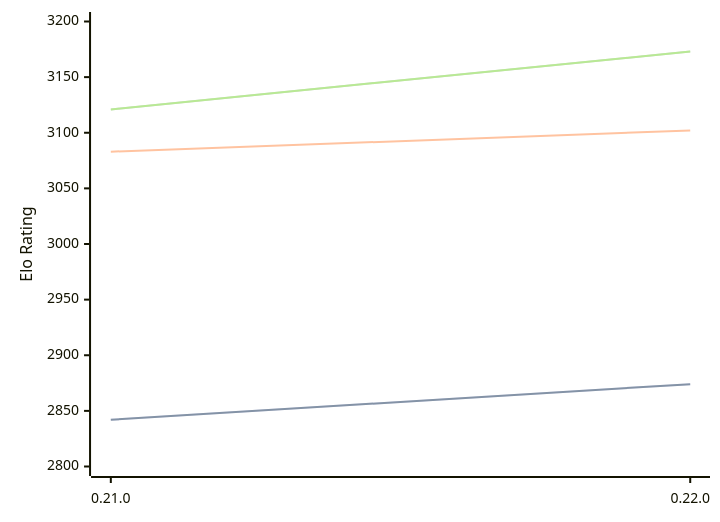
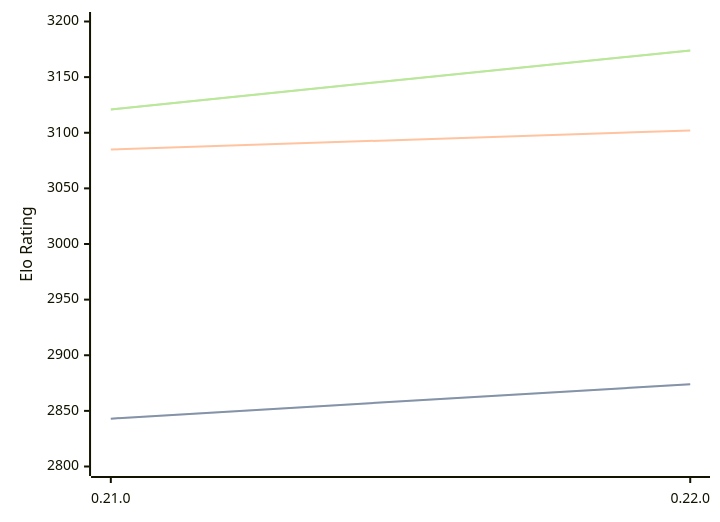
The diagram in engines/Princhess.md (computer-chess-index/cci), drawn with Mermaid before and after one commit. The commit also changed other lines of this file, not shown here.

Commit message:
Update CCI Ratings (ELO VLTC) - 2026-09-27

````diff
--- a/engines/Princhess.md
+++ b/engines/Princhess.md
@@ -32,11 +32,11 @@
 ```mermaid
 %%{init: {"theme":"base","themeVariables":{"seriesColors:['#a3a3a3','#222221','#faa371']}}}%%
 xychart-beta
   x-axis ["0.21.0", "0.22.0"]
   y-axis "Elo Rating" 2800 --> 3200
-  line "" [2842, 2874]
-  line "STC (8.0+0.08s)" [2842, 2874]
-  line "LTC (60.0+0.60s)" [3083, 3102]
-  line "" [3121, 3173]
-  line "VLTC (2m24s+1.12s)" [3121, 3173]
+  line "" [2843, 2874]
+  line "STC (8.0+0.08s)" [2843, 2874]
+  line "LTC (60.0+0.60s)" [3085, 3102]
+  line "" [3121, 3174]
+  line "VLTC (2m24s+1.12s)" [3121, 3174]
 ```
````
